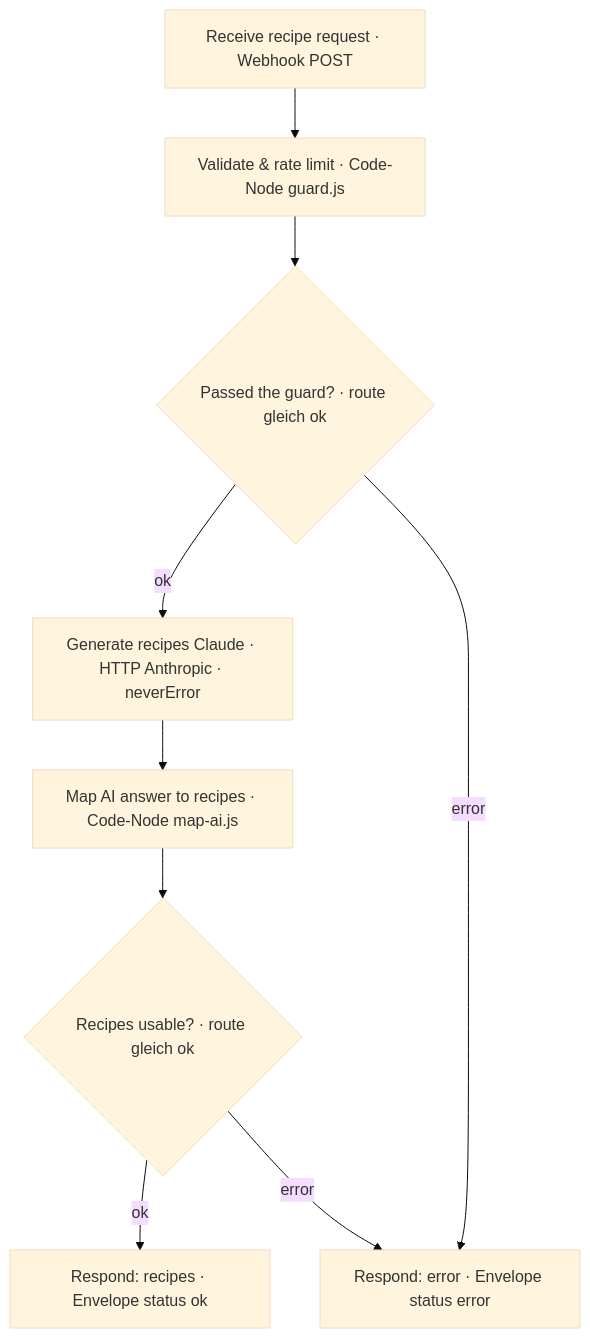
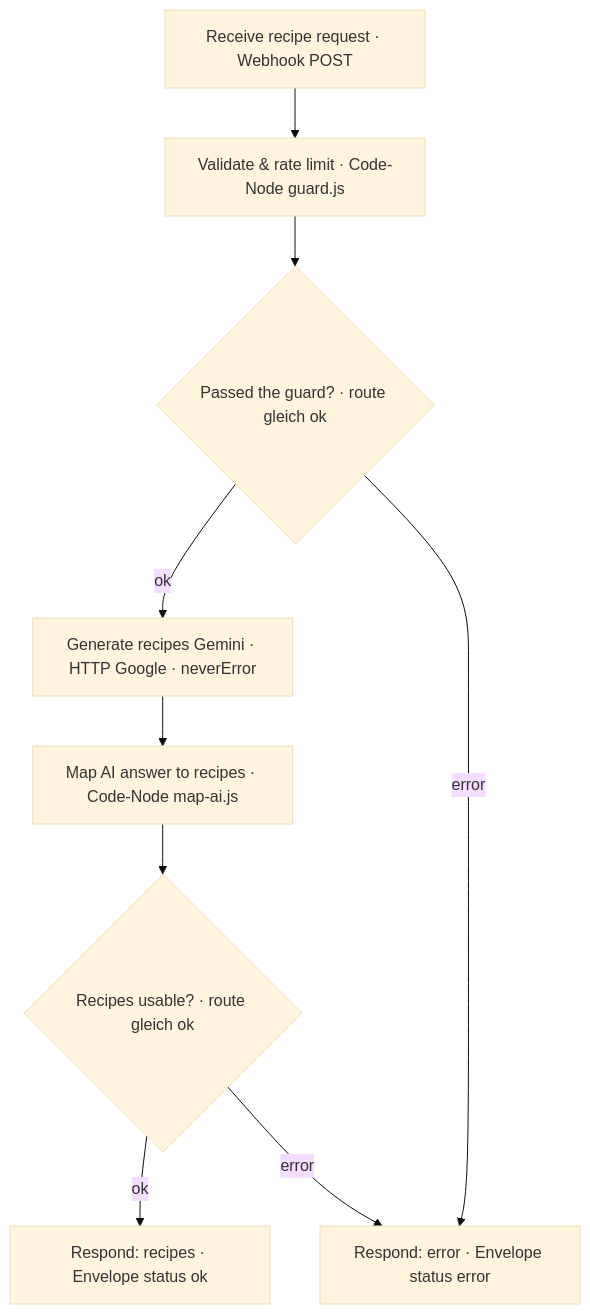
The second of 4 diagrams in docs/architektur.md (ttoebbe/code-a-cuisine), drawn with Mermaid (base theme) before and after one commit. The commit also changed other lines of this file and 7 other files, not shown here.

First line of the commit message:
refactor(n8n): switch recipe generation from Claude to Gemini

````diff
--- a/docs/architektur.md
+++ b/docs/architektur.md
@@ -112,18 +112,18 @@
 ```mermaid
 flowchart TB
   recv["Receive recipe request · Webhook POST"]
   guard["Validate & rate limit · Code-Node guard.js"]
   ifGuard{"Passed the guard? · route gleich ok"}
-  claude["Generate recipes Claude · HTTP Anthropic · neverError"]
+  gemini["Generate recipes Gemini · HTTP Google · neverError"]
   mapai["Map AI answer to recipes · Code-Node map-ai.js"]
   ifUsable{"Recipes usable? · route gleich ok"}
   respOk["Respond: recipes · Envelope status ok"]
   respErr["Respond: error · Envelope status error"]
 
   recv --> guard --> ifGuard
-  ifGuard -- "ok" --> claude
+  ifGuard -- "ok" --> gemini
   ifGuard -- "error" --> respErr
-  claude --> mapai --> ifUsable
+  gemini --> mapai --> ifUsable
   ifUsable -- "ok" --> respOk
   ifUsable -- "error" --> respErr
 ```
````
